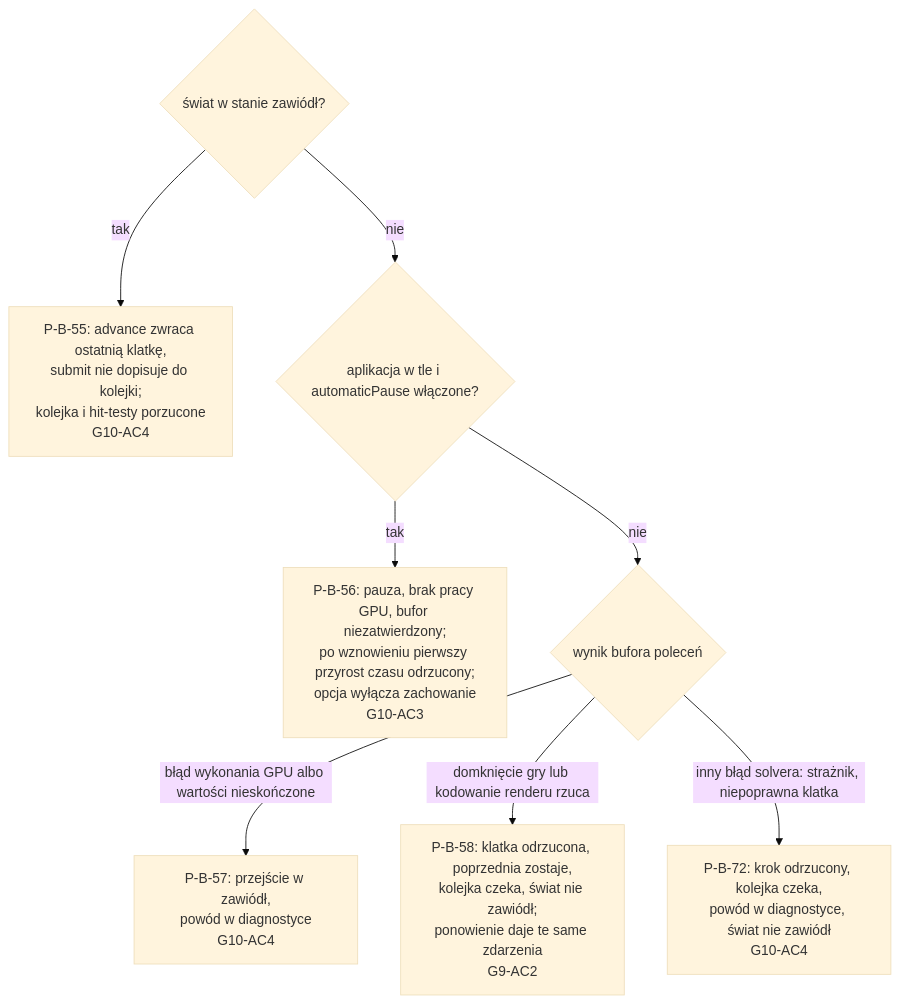
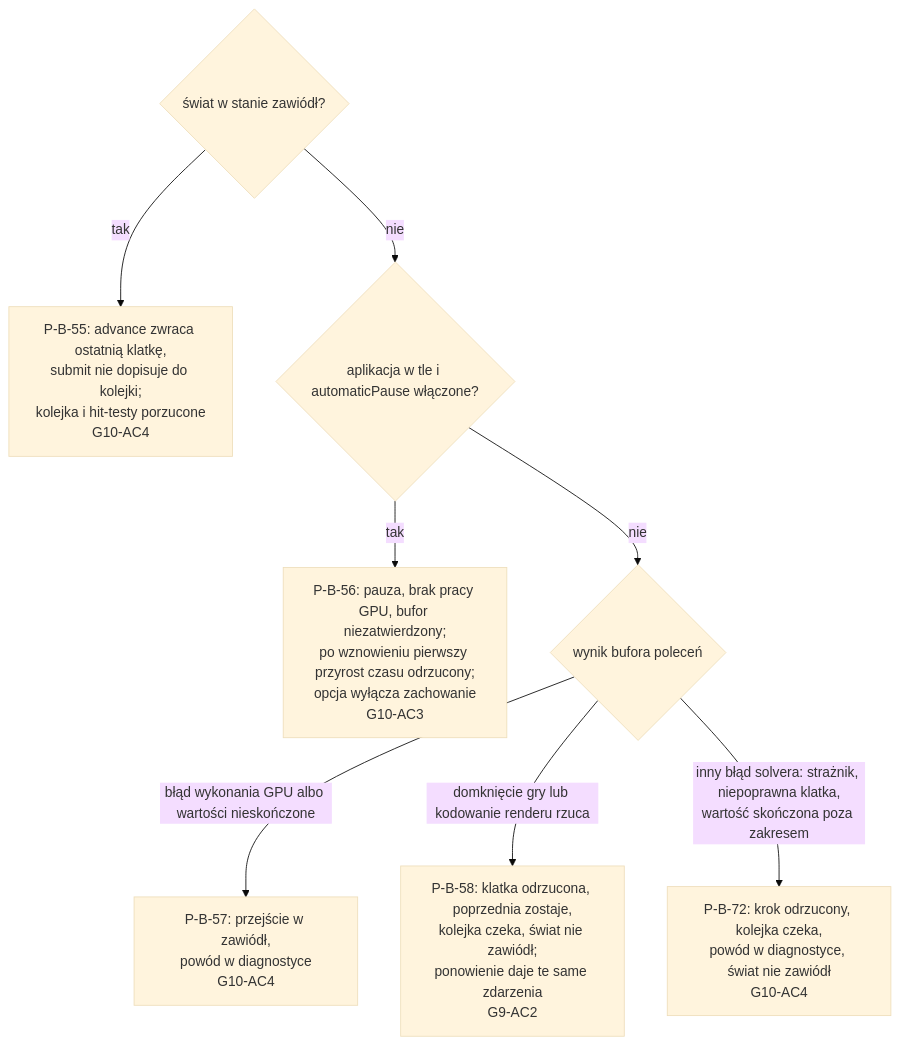
One commit to MariuszAdamowicz/BubblePhysics changed the second of 2 diagrams in docs/sdlc/changes/2026-11-08-engine-foundations/plan.md. Above: the diagram before and after it, drawn with Mermaid (base theme). The commit also changed other lines of this file and 1 other file, not shown here.

First line of the commit message:
docs: plan etapu 4 po uwagach właściciela (wartości poza zakresem, hit-test w deinit i przy anulowaniu)

````diff
--- a/docs/sdlc/changes/2026-11-08-engine-foundations/plan.md
+++ b/docs/sdlc/changes/2026-11-08-engine-foundations/plan.md
@@ -392,11 +395,11 @@
 ```mermaid
 flowchart TD
     q1{"świat w stanie zawiódł?"}
     q1 -- tak --> B55["P-B-55: advance zwraca ostatnią klatkę,<br/>submit nie dopisuje do kolejki;<br/>kolejka i hit-testy porzucone<br/>G10-AC4"]
     q1 -- nie --> q2{"aplikacja w tle i automaticPause włączone?"}
     q2 -- tak --> B56["P-B-56: pauza, brak pracy GPU, bufor niezatwierdzony;<br/>po wznowieniu pierwszy przyrost czasu odrzucony;<br/>opcja wyłącza zachowanie<br/>G10-AC3"]
     q2 -- nie --> q3{"wynik bufora poleceń"}
     q3 -- "błąd wykonania GPU albo wartości nieskończone" --> B57["P-B-57: przejście w zawiódł,<br/>powód w diagnostyce<br/>G10-AC4"]
     q3 -- "domknięcie gry lub kodowanie renderu rzuca" --> B58["P-B-58: klatka odrzucona, poprzednia zostaje,<br/>kolejka czeka, świat nie zawiódł;<br/>ponowienie daje te same zdarzenia<br/>G9-AC2"]
-    q3 -- "inny błąd solvera: strażnik, niepoprawna klatka" --> B72["P-B-72: krok odrzucony, kolejka czeka,<br/>powód w diagnostyce, świat nie zawiódł<br/>G10-AC4"]
+    q3 -- "inny błąd solvera: strażnik, niepoprawna klatka,<br/>wartość skończona poza zakresem" --> B72["P-B-72: krok odrzucony, kolejka czeka,<br/>powód w diagnostyce, świat nie zawiódł<br/>G10-AC4"]
 ```
````
